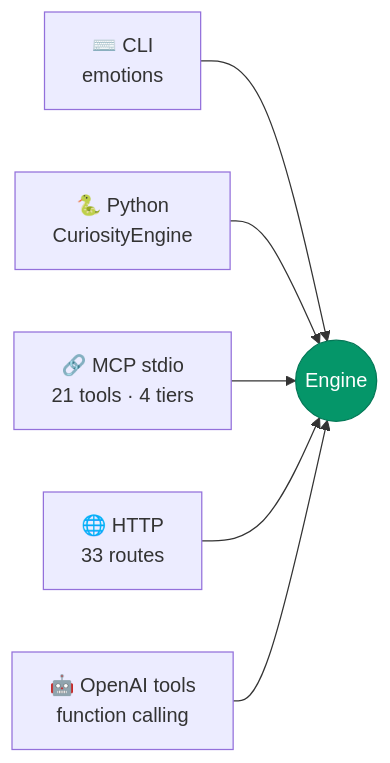
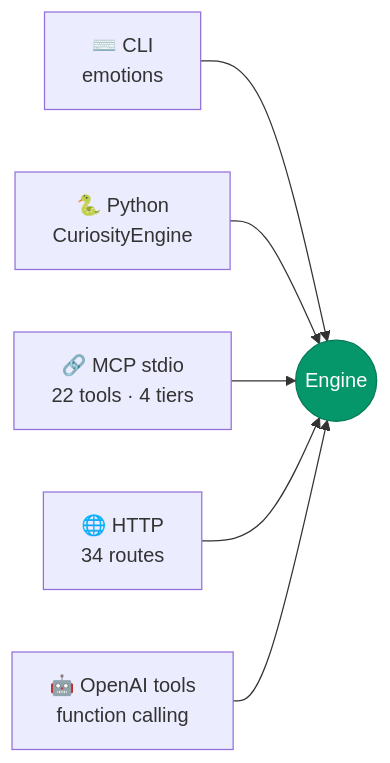
The fifth of 5 diagrams in README.md (KanakMalpani/Artificial-Emotions), drawn with Mermaid before and after one commit. The commit also changed other lines of this file and 20 other files, not shown here.

````diff
--- a/README.md
+++ b/README.md
@@ -252,10 +318,10 @@
 ```mermaid
 flowchart LR
     CLI["⌨️ CLI<br/>emotions"] --> E(("Engine"))
     PY["🐍 Python<br/>CuriosityEngine"] --> E
-    MCP["🔗 MCP stdio<br/>21 tools · 4 tiers"] --> E
-    HTTP["🌐 HTTP<br/>33 routes"] --> E
+    MCP["🔗 MCP stdio<br/>22 tools · 4 tiers"] --> E
+    HTTP["🌐 HTTP<br/>34 routes"] --> E
     OAI["🤖 OpenAI tools<br/>function calling"] --> E
 
     style E fill:#059669,stroke:#047857,color:#fff
 ```
````
